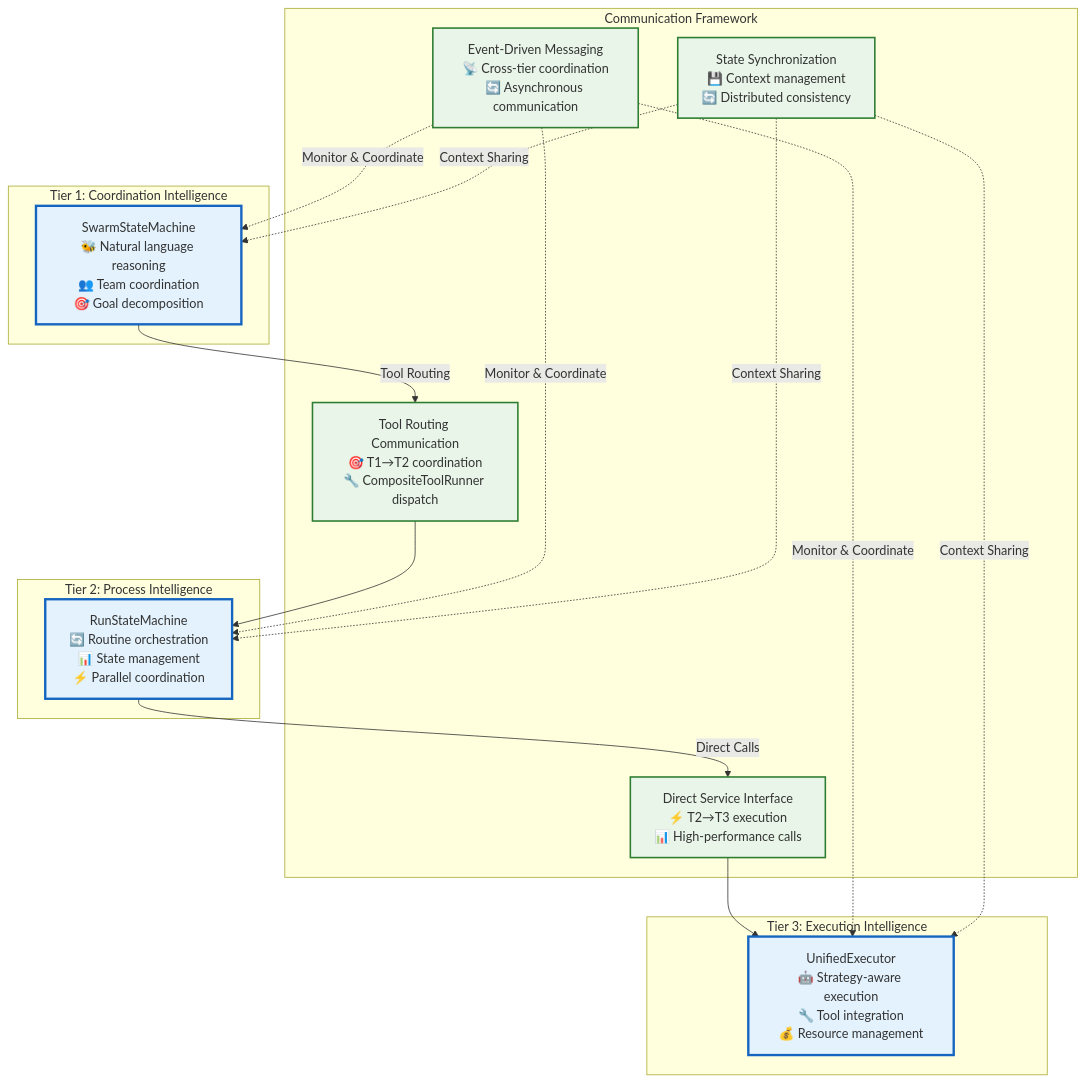
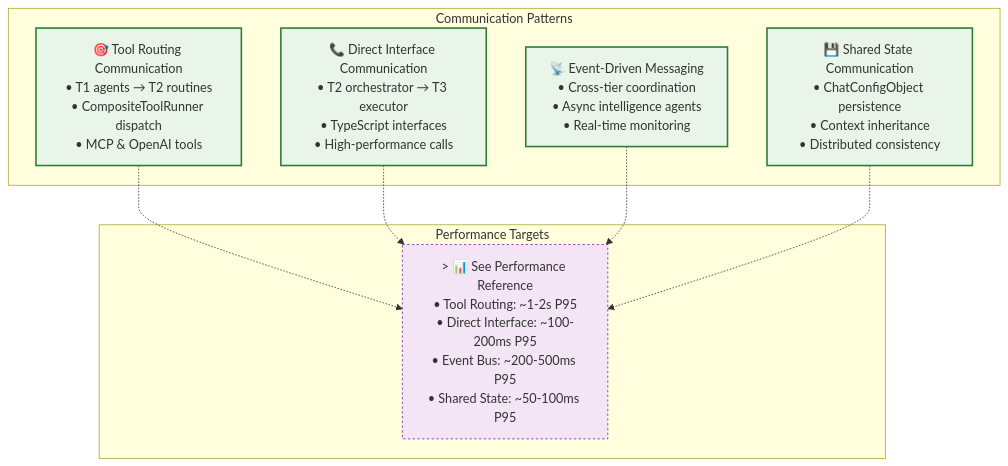
Before and after one commit to Vrooli/Vrooli: the diagram in docs/architecture/execution/communication/README.md, drawn with Mermaid. The commit also changed other lines of this file and 21 other files, not shown here.

````diff
--- a/docs/architecture/execution/communication/README.md
+++ b/docs/architecture/execution/communication/README.md
@@ -9,45 +13,27 @@
 ```mermaid
 graph TB
-    subgraph "Tier 1: Coordination Intelligence"
-        T1[SwarmStateMachine<br/>🐝 Natural language reasoning<br/>👥 Team coordination<br/>🎯 Goal decomposition]
+    subgraph "Communication Patterns"
+        ToolRouting["🎯 Tool Routing Communication<br/>• T1 agents → T2 routines<br/>• CompositeToolRunner dispatch<br/>• MCP & OpenAI tools"]
+        
+        DirectInterface["📞 Direct Interface Communication<br/>• T2 orchestrator → T3 executor<br/>• TypeScript interfaces<br/>• High-performance calls"]
+        
+        EventBus["📡 Event-Driven Messaging<br/>• Cross-tier coordination<br/>• Async intelligence agents<br/>• Real-time monitoring"]
+        
+        SharedState["💾 Shared State Communication<br/>• ChatConfigObject persistence<br/>• Context inheritance<br/>• Distributed consistency"]
     end
     
-    subgraph "Tier 2: Process Intelligence" 
-        T2[RunStateMachine<br/>🔄 Routine orchestration<br/>📊 State management<br/>⚡ Parallel coordination]
+    subgraph "Performance Targets"
+        Perf["> 📊 See Performance Reference<br/>• Tool Routing: ~1-2s P95<br/>• Direct Interface: ~100-200ms P95<br/>• Event Bus: ~200-500ms P95<br/>• Shared State: ~50-100ms P95"]
     end
     
-    subgraph "Tier 3: Execution Intelligence"
-        T3[UnifiedExecutor<br/>🤖 Strategy-aware execution<br/>🔧 Tool integration<br/>💰 Resource management]
-    end
+    ToolRouting -.-> Perf
+    DirectInterface -.-> Perf
+    EventBus -.-> Perf
+    SharedState -.-> Perf
     
-    subgraph "Communication Framework"
-        ToolRouting[Tool Routing Communication<br/>🎯 T1→T2 coordination<br/>🔧 CompositeToolRunner dispatch]
-        
-        Direct[Direct Service Interface<br/>⚡ T2→T3 execution<br/>📊 High-performance calls]
-        
-        Events[Event-Driven Messaging<br/>📡 Cross-tier coordination<br/>🔄 Asynchronous communication]
-        
-        State[State Synchronization<br/>💾 Context management<br/>🔄 Distributed consistency]
-    end
+    classDef pattern fill:#e8f5e8,stroke:#2e7d32,stroke-width:2px
+    classDef perf fill:#f3e5f5,stroke:#7b1fa2,stroke-width:1px,stroke-dasharray:3 3
     
-    %% Primary communication flows
-    T1 -->|Tool Routing| ToolRouting
-    ToolRouting --> T2
-    T2 -->|Direct Calls| Direct
-    Direct --> T3
-    
-    %% Cross-tier coordination
-    Events -.->|Monitor & Coordinate| T1
-    Events -.->|Monitor & Coordinate| T2  
-    Events -.->|Monitor & Coordinate| T3
-    
-    State -.->|Context Sharing| T1
-    State -.->|Context Sharing| T2
-    State -.->|Context Sharing| T3
-    
-    classDef tier fill:#e3f2fd,stroke:#1565c0,stroke-width:3px
-    classDef pattern fill:#e8f5e8,stroke:#2e7d32,stroke-width:2px
-    
-    class T1,T2,T3 tier
-    class ToolRouting,Direct,Events,State pattern
+    class ToolRouting,DirectInterface,EventBus,SharedState pattern
+    class Perf perf
 ```
````
